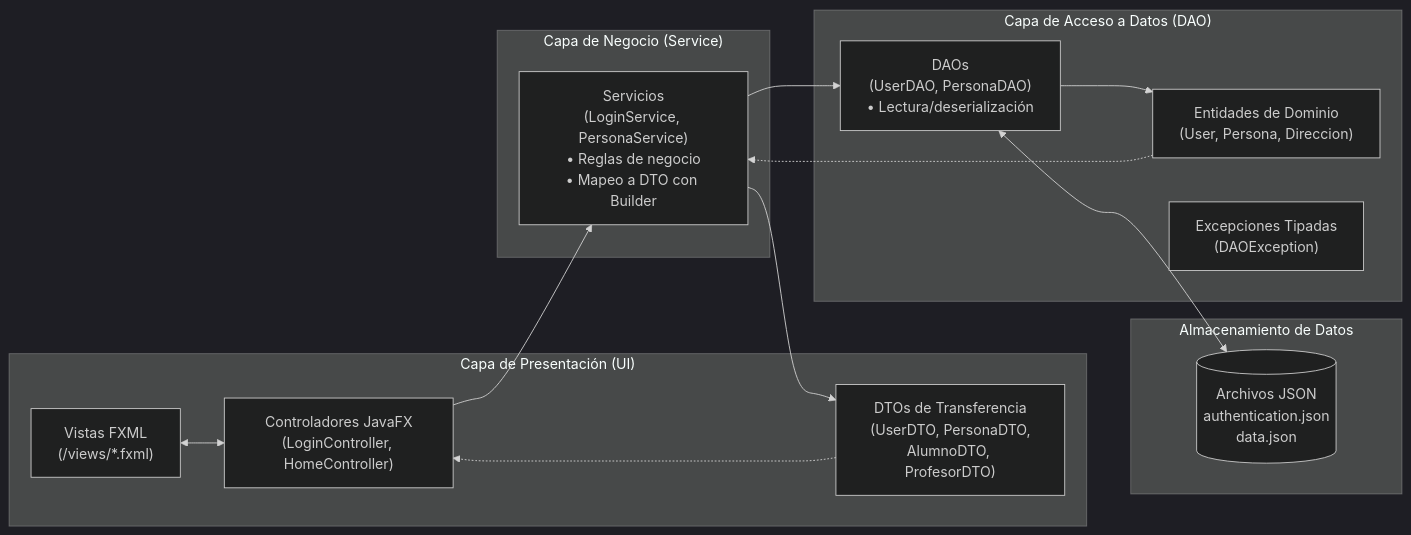
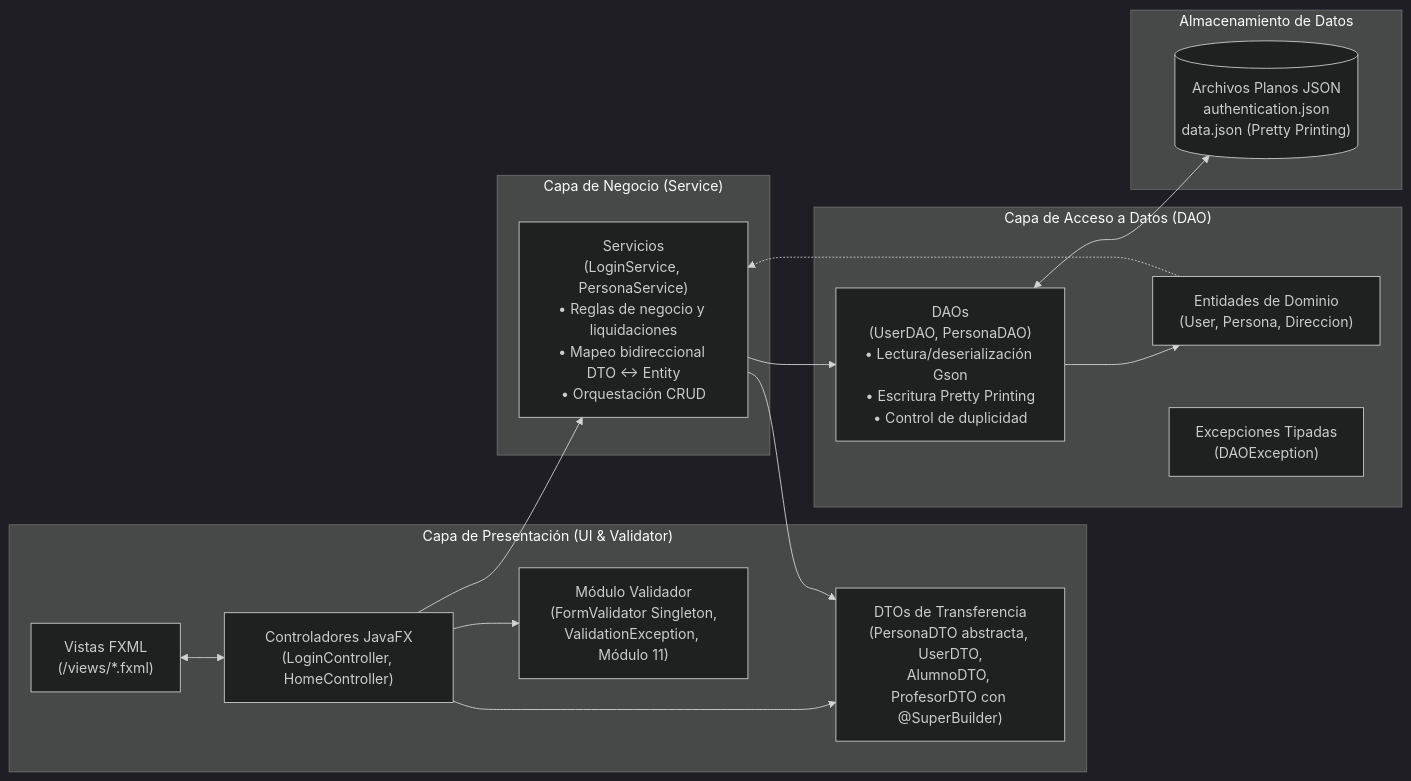
The second of 2 diagrams in README.md (elprofecarreno/poo-javafx), drawn with Mermaid (dark theme) before and after one commit. The commit also changed other lines of this file and 56 other files, not shown here.

````diff
--- a/README.md
+++ b/README.md
@@ -121,31 +124,33 @@
 ```mermaid
 flowchart LR
-    subgraph Capa_Presentacion["Capa de Presentación (UI)"]
+    subgraph Capa_Presentacion["Capa de Presentación (UI & Validator)"]
         Vistas["Vistas FXML\n(/views/*.fxml)"]
         Controladores["Controladores JavaFX\n(LoginController, HomeController)"]
-        DTOs["DTOs de Transferencia\n(UserDTO, PersonaDTO,\nAlumnoDTO, ProfesorDTO)"]
+        Validador["Módulo Validador\n(FormValidator Singleton,\nValidationException, Módulo 11)"]
+        DTOs["DTOs de Transferencia\n(PersonaDTO abstracta, UserDTO,\nAlumnoDTO, ProfesorDTO con @SuperBuilder)"]
     end
 
     subgraph Capa_Negocio["Capa de Negocio (Service)"]
-        Servicios["Servicios\n(LoginService, PersonaService)\n• Reglas de negocio\n• Mapeo a DTO con Builder"]
+        Servicios["Servicios\n(LoginService, PersonaService)\n• Reglas de negocio y liquidaciones\n• Mapeo bidireccional DTO <-> Entity\n• Orquestación CRUD"]
     end
 
     subgraph Capa_Datos["Capa de Acceso a Datos (DAO)"]
-        DAOs["DAOs\n(UserDAO, PersonaDAO)\n• Lectura/deserialización"]
+        DAOs["DAOs\n(UserDAO, PersonaDAO)\n• Lectura/deserialización Gson\n• Escritura Pretty Printing\n• Control de duplicidad"]
         Entidades["Entidades de Dominio\n(User, Persona, Direccion)"]
         Excepciones["Excepciones Tipadas\n(DAOException)"]
     end
 
     subgraph Almacenamiento["Almacenamiento de Datos"]
-        JSONFiles[("Archivos JSON\nauthentication.json\ndata.json")]
+        JSONFiles[("Archivos Planos JSON\nauthentication.json\ndata.json (Pretty Printing)")]
     end
 
     Vistas <--> Controladores
+    Controladores --> Validador
+    Controladores --> DTOs
     Controladores --> Servicios
     Servicios --> DAOs
     DAOs <--> JSONFiles
     DAOs --> Entidades
     Entidades -.-> Servicios
     Servicios --> DTOs
-    DTOs -.-> Controladores
 ```
````
